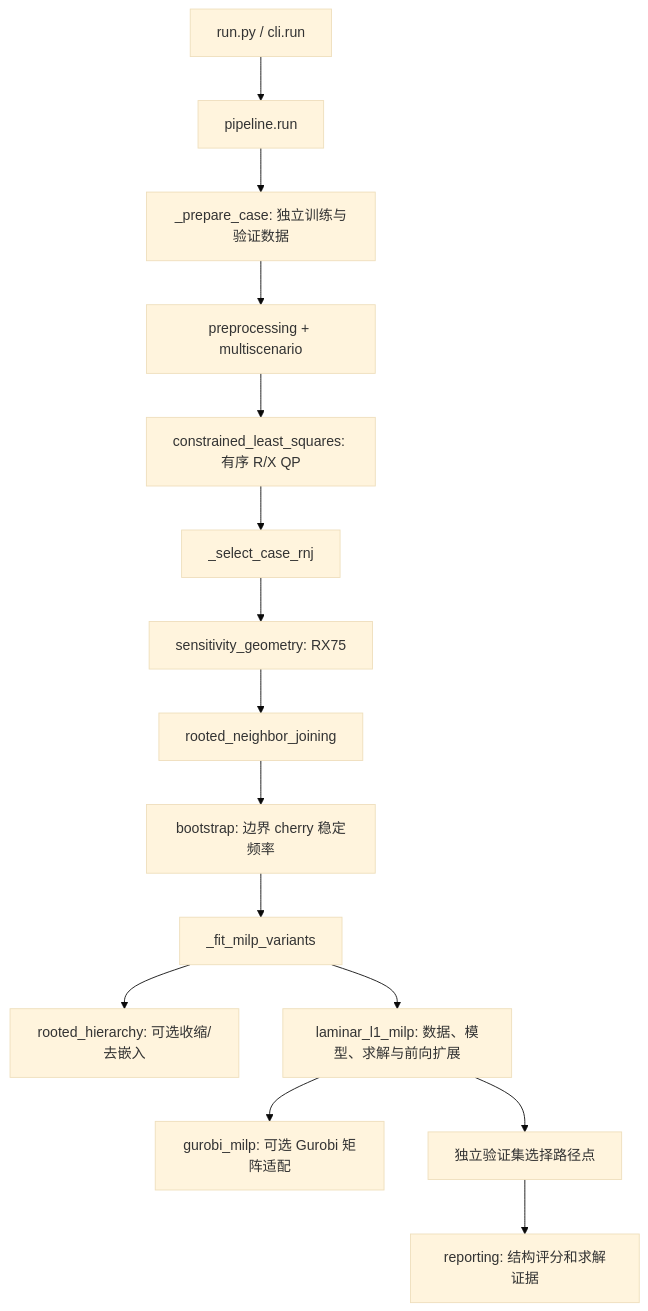
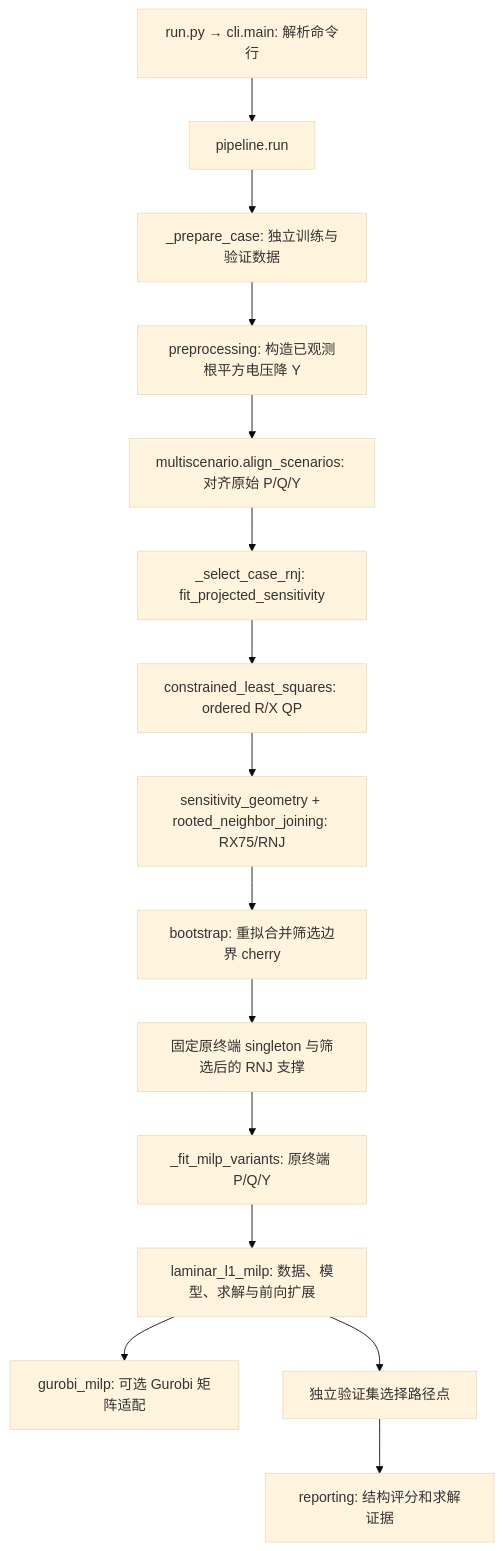
Before and after one commit to tutu-er/Topo: the diagram in rnj_wzzt_core/docs/code_structure.md, drawn with Mermaid (base theme). The commit also changed other lines of this file and 93 other files, not shown here.

```diff
--- a/rnj_wzzt_core/docs/code_structure.md
+++ b/rnj_wzzt_core/docs/code_structure.md
@@ -8,17 +8,17 @@
 ~~~mermaid
 flowchart TD
-    A[run.py / cli.run] --> B[pipeline.run]
+    A[run.py → cli.main: 解析命令行] --> B[pipeline.run]
     B --> C[_prepare_case: 独立训练与验证数据]
-    C --> D[preprocessing + multiscenario]
-    D --> E[constrained_least_squares: 有序 R/X QP]
-    E --> F[_select_case_rnj]
-    F --> G[sensitivity_geometry: RX75]
-    G --> H[rooted_neighbor_joining]
-    H --> I[bootstrap: 边界 cherry 稳定频率]
-    I --> J[_fit_milp_variants]
-    J --> K[rooted_hierarchy: 可选收缩/去嵌入]
-    J --> L[laminar_l1_milp: 数据、模型、求解与前向扩展]
+    C --> D[preprocessing: 构造已观测根平方电压降 Y]
+    D --> E[multiscenario.align_scenarios: 对齐原始 P/Q/Y]
+    E --> F[_select_case_rnj: fit_projected_sensitivity]
+    F --> G[constrained_least_squares: ordered R/X QP]
+    G --> H[sensitivity_geometry + rooted_neighbor_joining: RX75/RNJ]
+    H --> I[bootstrap: 重拟合并筛选边界 cherry]
+    I --> J[固定原终端 singleton 与筛选后的 RNJ 支撑]
+    J --> K[_fit_milp_variants: 原终端 P/Q/Y]
+    K --> L[laminar_l1_milp: 数据、模型、求解与前向扩展]
     L --> Q[gurobi_milp: 可选 Gurobi 矩阵适配]
     L --> M[独立验证集选择路径点]
     M --> N[reporting: 结构评分和求解证据]
 ~~~
```
